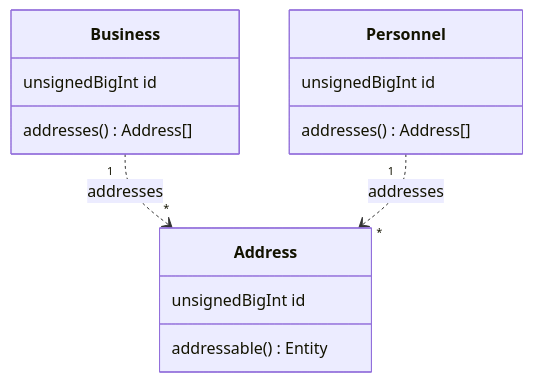
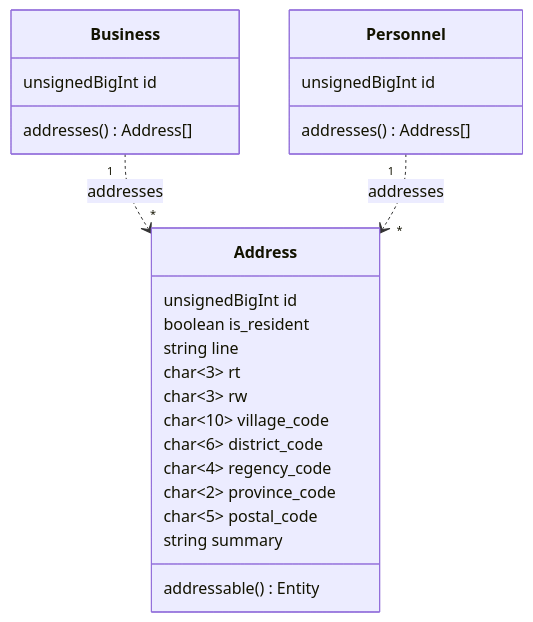
The sixth of 7 diagrams in database/README.md (creasico/laravel-base), drawn with Mermaid before and after one commit. The commit also changed other lines of this file, not shown here.

````diff
--- a/database/README.md
+++ b/database/README.md
@@ -421,18 +424,28 @@
 ```mermaid
 classDiagram
     Business "1" ..> "*" Address : addresses
     Personnel "1" ..> "*" Address : addresses
 
     class Address {
         unsignedBigInt id
+        boolean is_resident
+        string line
+        char~3~ rt
+        char~3~ rw
+        char~10~ village_code
+        char~6~ district_code
+        char~4~ regency_code
+        char~2~ province_code
+        char~5~ postal_code
+        string summary
         addressable() Entity
     }
-    class Business {
+    class Business~Entity~ {
         unsignedBigInt id
         addresses() Address[]
     }
-    class Personnel {
+    class Personnel~Entity~ {
         unsignedBigInt id
         addresses() Address[]
     }
 ```
````
